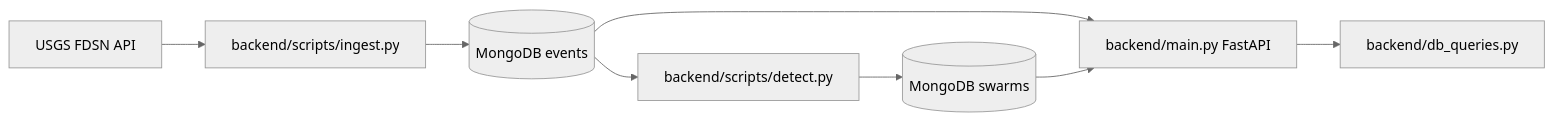
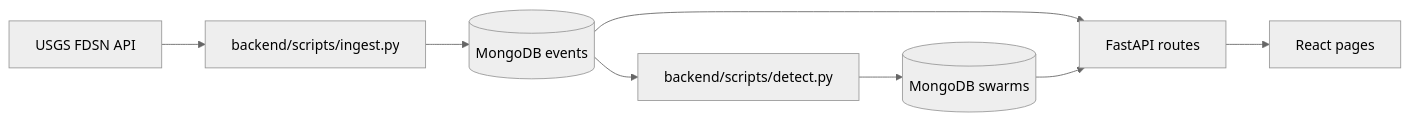
Before and after one commit to 033-Archita/QuakeSwarm: the first of 4 diagrams in FLOW.md, drawn with Mermaid (neutral theme). The commit also changed other lines of this file and 17 other files, not shown here.

````diff
--- a/FLOW.md
+++ b/FLOW.md
@@ -82,10 +67,10 @@
 ```mermaid
 flowchart LR
   USGS[USGS FDSN API] --> ING[backend/scripts/ingest.py]
-  ING --> DB[(MongoDB events)]
-  DB --> DET[backend/scripts/detect.py]
-  DET --> SW[(MongoDB swarms)]
-  DB --> API[backend/main.py FastAPI]
-  SW --> API
-  API --> Q[backend/db_queries.py]
+  ING --> EVENTS[(MongoDB events)]
+  EVENTS --> DET[backend/scripts/detect.py]
+  DET --> SWARMS[(MongoDB swarms)]
+  EVENTS --> API[FastAPI routes]
+  SWARMS --> API
+  API --> UI[React pages]
 ```
````
